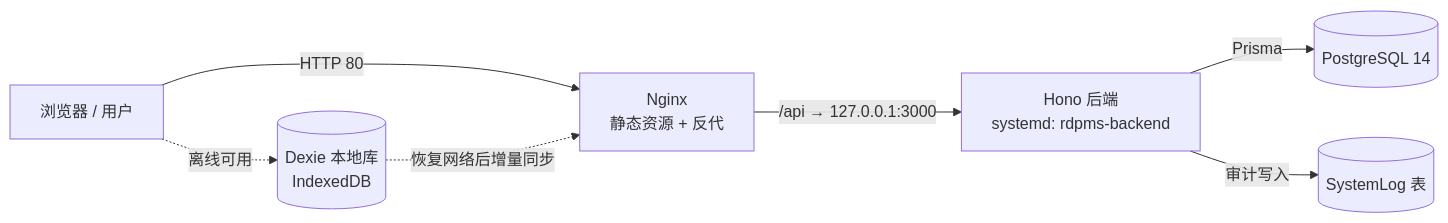
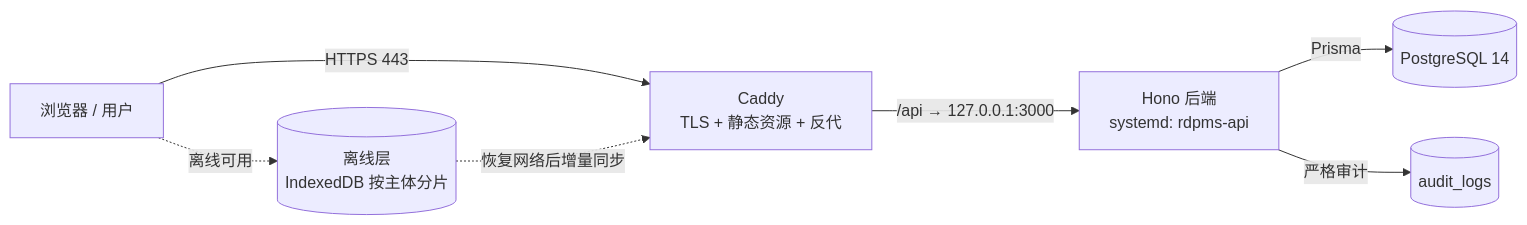
One commit to ArthurUker/project-management changed the first of 3 diagrams in README.md. Above: the diagram before and after it, drawn with Mermaid. The commit also changed other lines of this file, not shown here.

````diff
--- a/README.md
+++ b/README.md
@@ -114,9 +120,9 @@
 ```mermaid
 flowchart LR
-  U[浏览器 / 用户] -->|HTTP 80| NG[Nginx<br/>静态资源 + 反代]
-  NG -->|/api → 127.0.0.1:3000| BE[Hono 后端<br/>systemd: rdpms-backend]
+  U[浏览器 / 用户] -->|HTTPS 443| CD[Caddy<br/>TLS + 静态资源 + 反代]
+  CD -->|/api → 127.0.0.1:3000| BE[Hono 后端<br/>systemd: rdpms-api]
   BE -->|Prisma| PG[(PostgreSQL 14)]
-  BE -->|审计写入| SL[(SystemLog 表)]
-  U -.离线可用.-> DX[(Dexie 本地库<br/>IndexedDB)]
-  DX -.恢复网络后增量同步.-> NG
+  BE -->|严格审计| AL[(audit_logs)]
+  U -.离线可用.-> DX[(离线层<br/>IndexedDB 按主体分片)]
+  DX -.恢复网络后增量同步.-> CD
 ```
````
